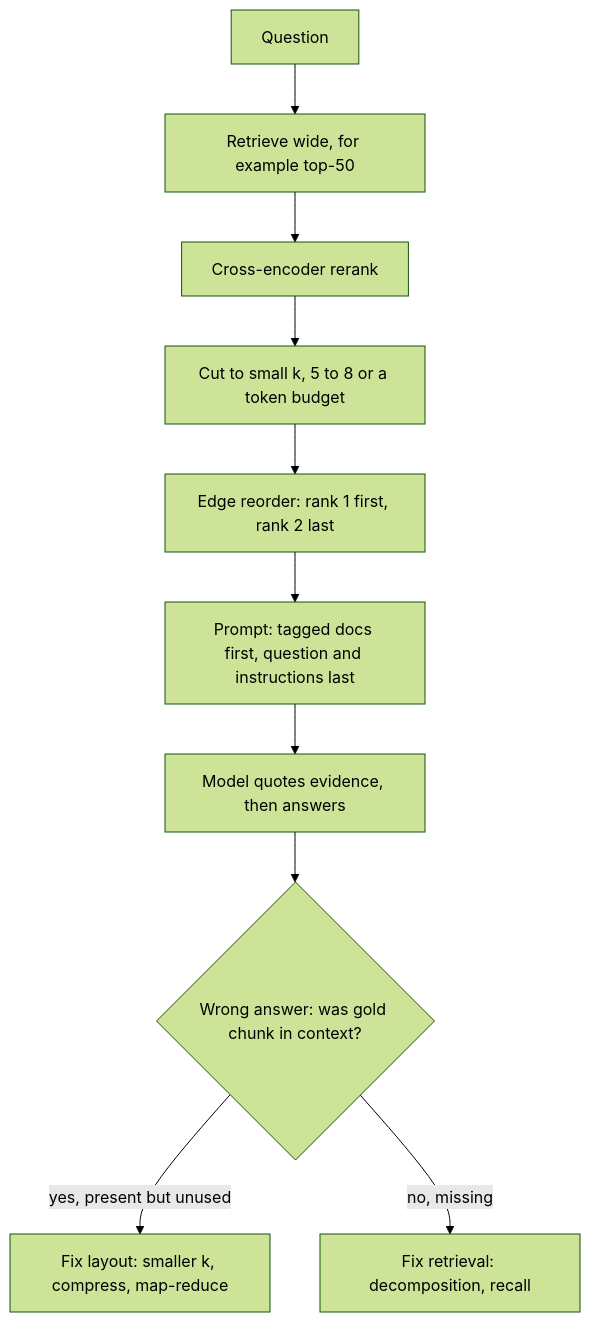
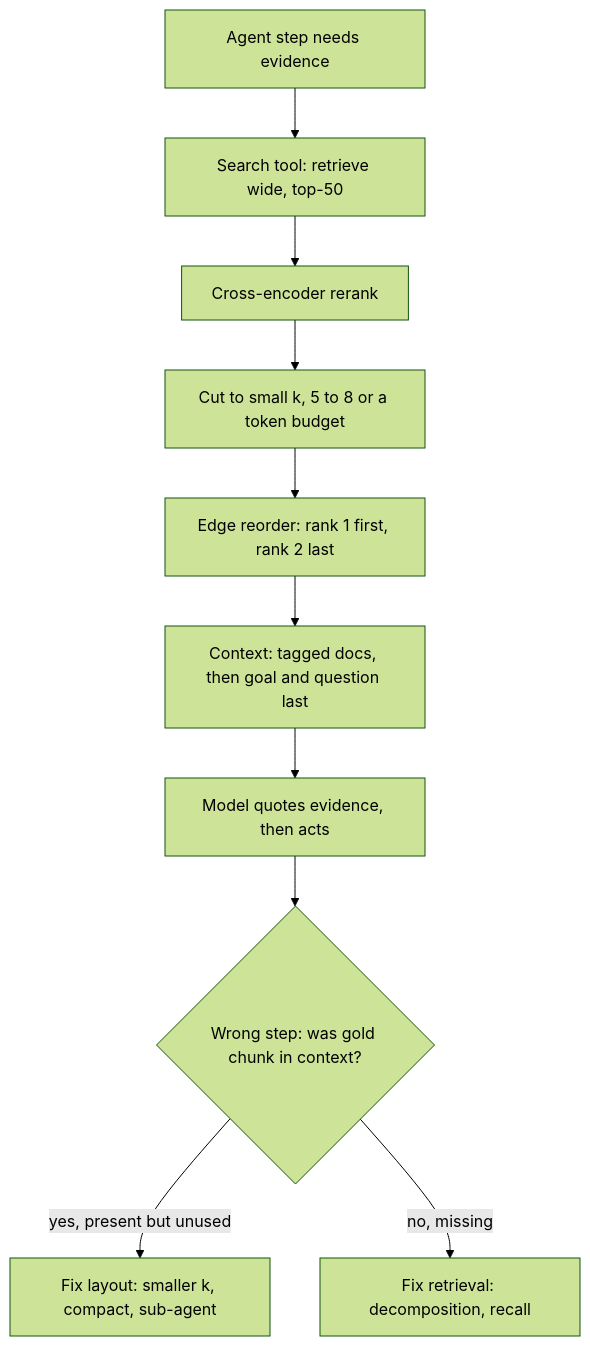
Before and after one commit to lovishmahajan97/agentic-learning: the diagram in content/rag-retrieval/lost-in-the-middle.md, drawn with Mermaid (forest theme). The commit also changed other lines of this file and 266 other files, not shown here.

````diff
--- a/content/rag-retrieval/lost-in-the-middle.md
+++ b/content/rag-retrieval/lost-in-the-middle.md
@@ -108,12 +136,12 @@
 ```mermaid
 flowchart TD
-    Q["Question"] --> W["Retrieve wide, for example top-50"]
+    Q["Agent step needs evidence"] --> W["Search tool: retrieve wide, top-50"]
     W --> RR["Cross-encoder rerank"]
     RR --> C["Cut to small k, 5 to 8 or a token budget"]
     C --> E["Edge reorder: rank 1 first, rank 2 last"]
-    E --> P["Prompt: tagged docs first, question and instructions last"]
-    P --> G["Model quotes evidence, then answers"]
-    G --> T{"Wrong answer: was gold chunk in context?"}
-    T -->|"yes, present but unused"| L["Fix layout: smaller k, compress, map-reduce"]
+    E --> P["Context: tagged docs, then goal and question last"]
+    P --> G["Model quotes evidence, then acts"]
+    G --> T{"Wrong step: was gold chunk in context?"}
+    T -->|"yes, present but unused"| L["Fix layout: smaller k, compact, sub-agent"]
     T -->|"no, missing"| R["Fix retrieval: decomposition, recall"]
 ```
````
